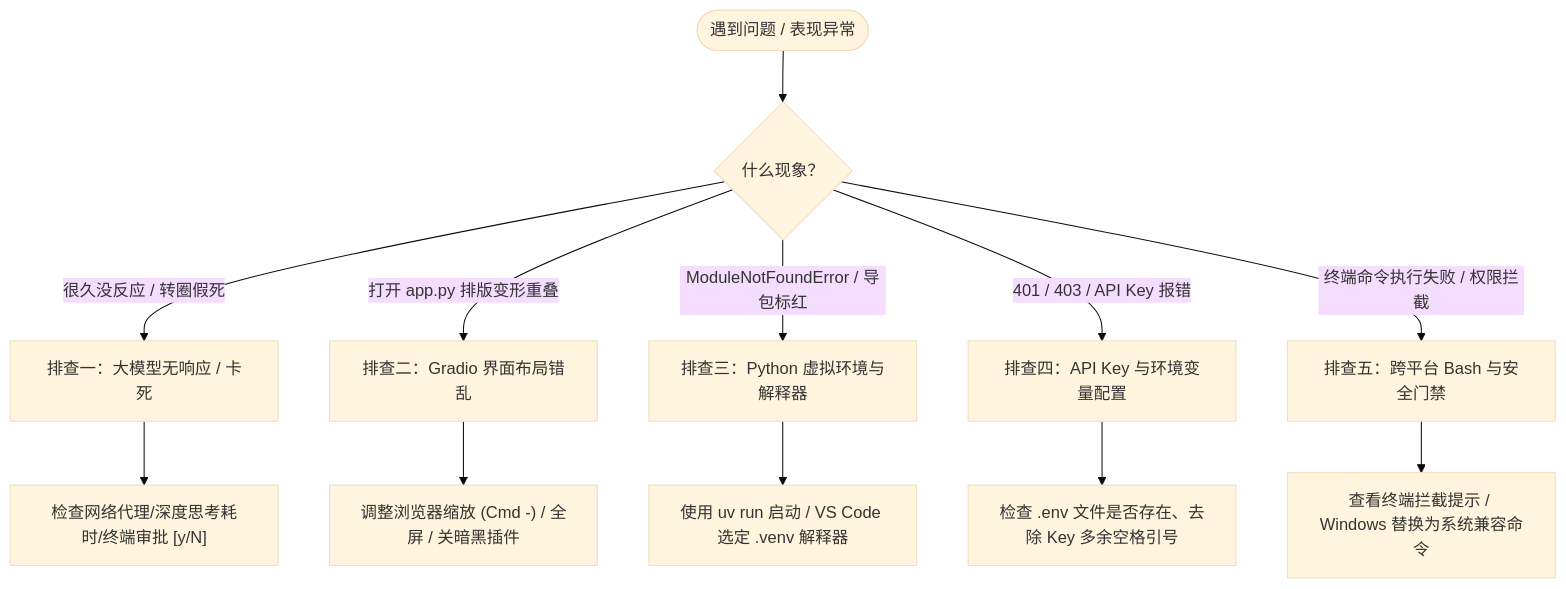
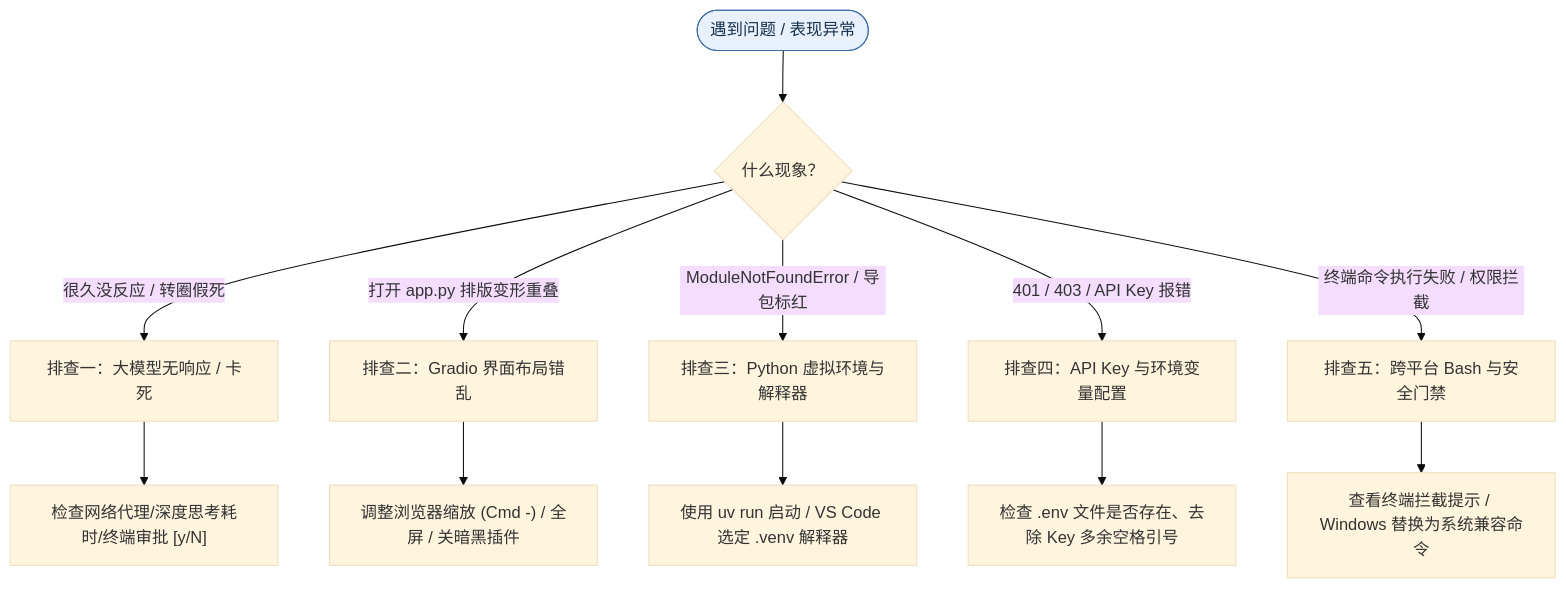
Before and after one commit to buffer121328/vibe-coding-and-agents: the diagram in 08_手搓Agent/img/diagrams/14-diagram-01.mmd, drawn with Mermaid (base theme). The commit also changed 105 other files, not shown here.

```diff
--- a/08_手搓Agent/img/diagrams/14-diagram-01.mmd
+++ b/08_手搓Agent/img/diagrams/14-diagram-01.mmd
@@ -1,15 +1,18 @@
 flowchart TD
 
     Start(["遇到问题 / 表现异常"]) --> Q1{"什么现象？"}
 
     Q1 -->|"很久没反应 / 转圈假死"| P1["排查一：大模型无响应 / 卡死"]
     Q1 -->|"打开 app.py 排版变形重叠"| P2["排查二：Gradio 界面布局错乱"]
     Q1 -->|"ModuleNotFoundError / 导包标红"| P3["排查三：Python 虚拟环境与解释器"]
     Q1 -->|"401 / 403 / API Key 报错"| P4["排查四：API Key 与环境变量配置"]
     Q1 -->|"终端命令执行失败 / 权限拦截"| P5["排查五：跨平台 Bash 与安全门禁"]
 
     P1 --> S1["检查网络代理/深度思考耗时/终端审批 [y/N]"]
     P2 --> S2["调整浏览器缩放 (Cmd -) / 全屏 / 关暗黑插件"]
     P3 --> S3["使用 uv run 启动 / VS Code 选定 .venv 解释器"]
     P4 --> S4["检查 .env 文件是否存在、去除 Key 多余空格引号"]
     P5 --> S5["查看终端拦截提示 / Windows 替换为系统兼容命令"]
+
+%% Academic palette: restrained blue, teal, gold, violet, and coral accents.
+style Start fill:#E8F1FB,stroke:#3A6EA5,color:#17324D
```
